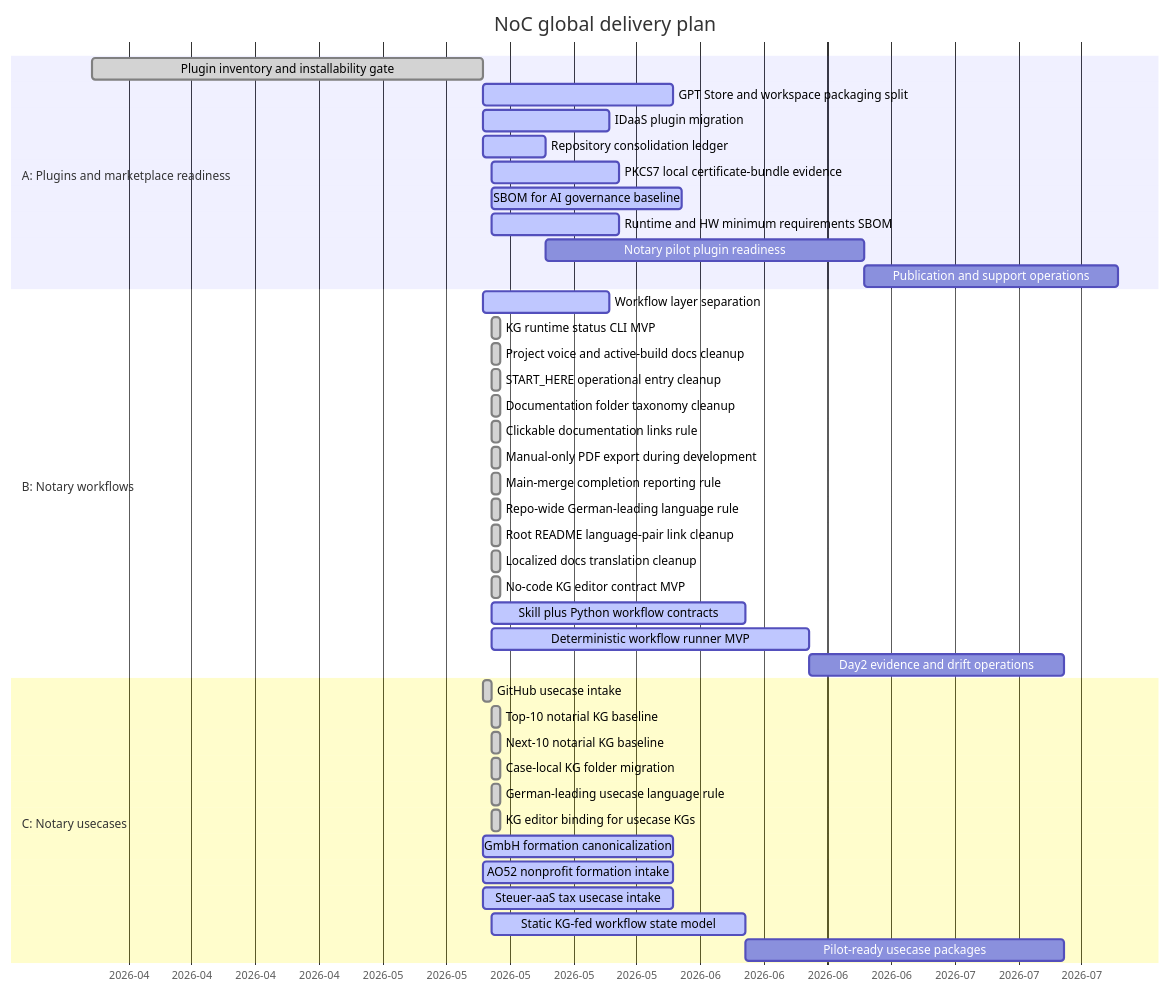
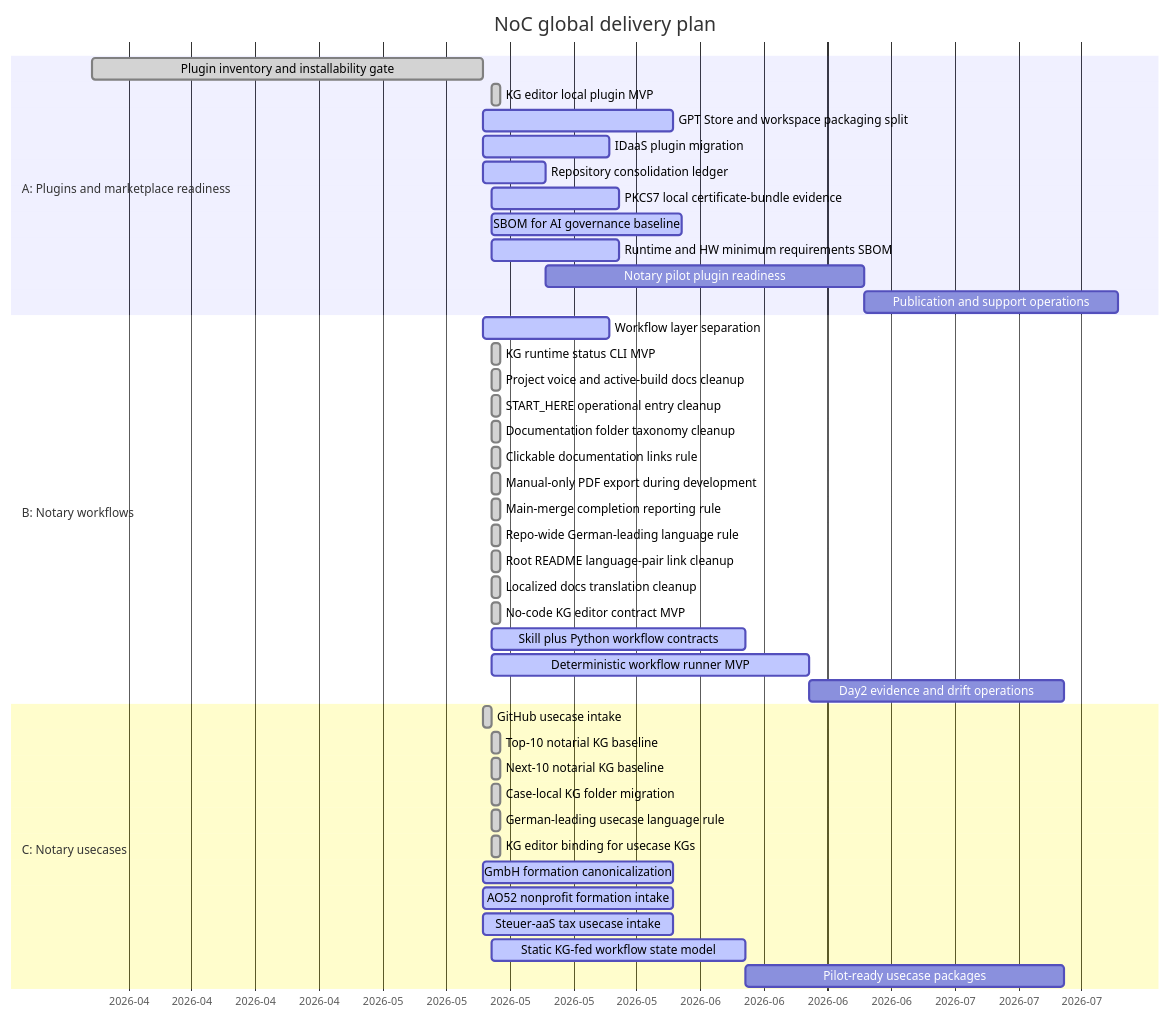
One commit to ofunk/NaC changed the diagram in roadmap/GANTT.md. Above: the diagram before and after it, drawn with Mermaid. The commit also changed other lines of this file and 11 other files, not shown here.

Commit message:
Add local KG editor plugin

````diff
--- a/roadmap/GANTT.md
+++ b/roadmap/GANTT.md
@@ -12,47 +12,48 @@
 ```mermaid
 gantt
     title NoC global delivery plan
     dateFormat  YYYY-MM-DD
     axisFormat  %Y-%m
 
     section A: Plugins and marketplace readiness
     Plugin inventory and installability gate     :done,    a1, 2026-04-01, 2026-05-14
+    KG editor local plugin MVP                   :done,    a1a, 2026-05-15, 1d
     GPT Store and workspace packaging split      :active,  a2, 2026-05-14, 21d
     IDaaS plugin migration                       :active,  a3, 2026-05-14, 14d
     Repository consolidation ledger              :active,  a4, 2026-05-14, 7d
     PKCS7 local certificate-bundle evidence      :active,  a4a, 2026-05-15, 14d
     SBOM for AI governance baseline              :active,  a4b, 2026-05-15, 21d
     Runtime and HW minimum requirements SBOM     :active,  a4c, 2026-05-15, 14d
     Notary pilot plugin readiness                :         a5, after a4, 35d
     Publication and support operations           :         a6, after a5, 28d
 
     section B: Notary workflows
     Workflow layer separation                    :active,  b1, 2026-05-14, 14d
     KG runtime status CLI MVP                    :done,    b1a, 2026-05-15, 1d
     Project voice and active-build docs cleanup  :done,    b1b, 2026-05-15, 1d
     START_HERE operational entry cleanup         :done,    b1c, 2026-05-15, 1d
     Documentation folder taxonomy cleanup        :done,    b1d, 2026-05-15, 1d
     Clickable documentation links rule           :done,    b1e, 2026-05-15, 1d
     Manual-only PDF export during development    :done,    b1f, 2026-05-15, 1d
     Main-merge completion reporting rule         :done,    b1g, 2026-05-15, 1d
     Repo-wide German-leading language rule       :done,    b1h, 2026-05-15, 1d
     Root README language-pair link cleanup       :done,    b1i, 2026-05-15, 1d
     Localized docs translation cleanup           :done,    b1j, 2026-05-15, 1d
     No-code KG editor contract MVP              :done,    b1k, 2026-05-15, 1d
     Skill plus Python workflow contracts         :active,  b2, 2026-05-15, 28d
     Deterministic workflow runner MVP            :active,  b3, 2026-05-15, 35d
     Day2 evidence and drift operations           :         b4, after b3, 28d
 
     section C: Notary usecases
     GitHub usecase intake                        :done,    c1, 2026-05-14, 1d
     Top-10 notarial KG baseline                  :done,    c2, 2026-05-15, 1d
     Next-10 notarial KG baseline                 :done,    c3, 2026-05-15, 1d
     Case-local KG folder migration               :done,    c3a, 2026-05-15, 1d
     German-leading usecase language rule         :done,    c3b, 2026-05-15, 1d
     KG editor binding for usecase KGs            :done,    c3c, 2026-05-15, 1d
     GmbH formation canonicalization              :active,  c4, 2026-05-14, 21d
     AO52 nonprofit formation intake              :active,  c5, 2026-05-14, 21d
     Steuer-aaS tax usecase intake                :active,  c6, 2026-05-14, 21d
     Static KG-fed workflow state model           :active,  c7, 2026-05-15, 28d
     Pilot-ready usecase packages                 :         c8, after c7, 35d
 ```
````
